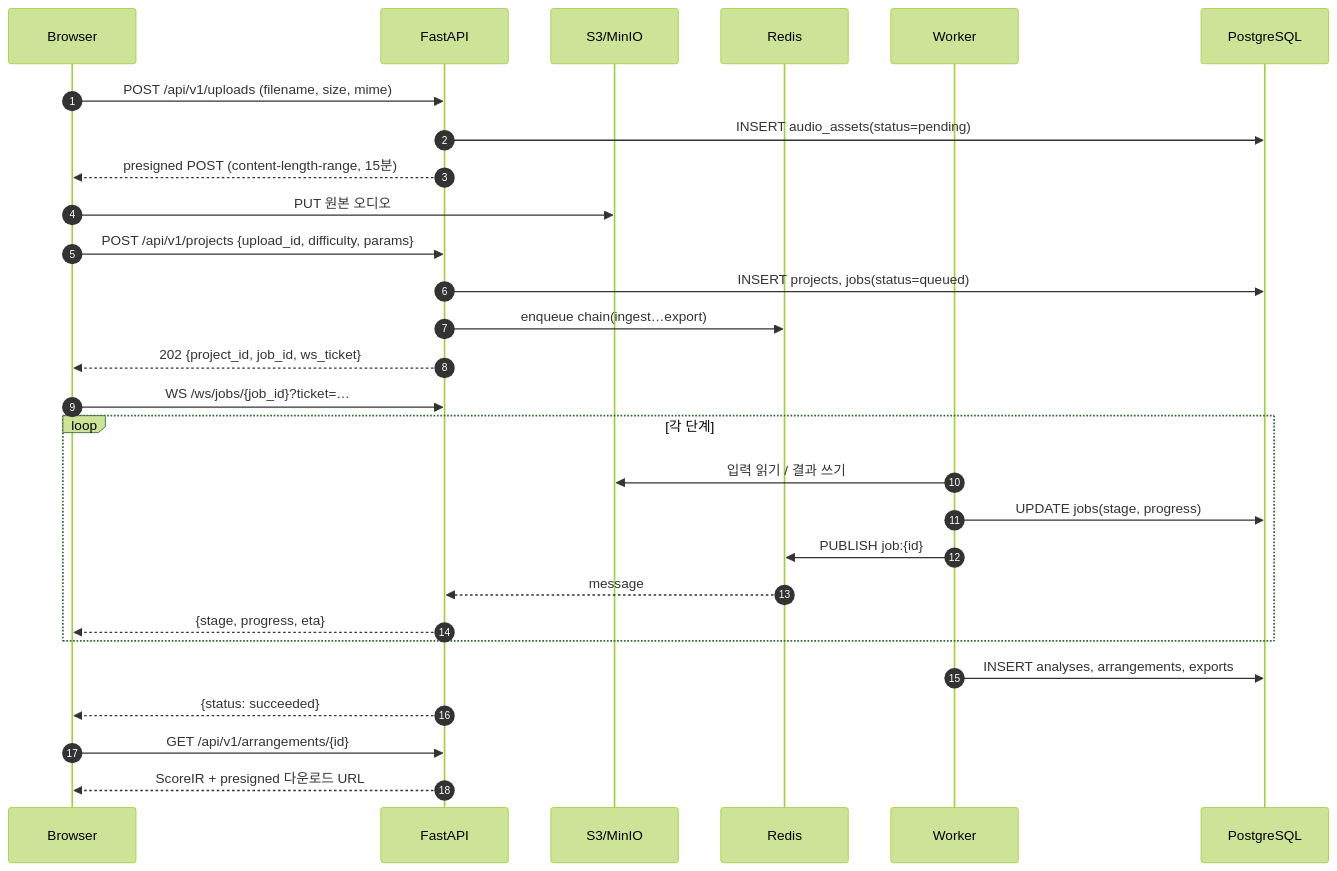
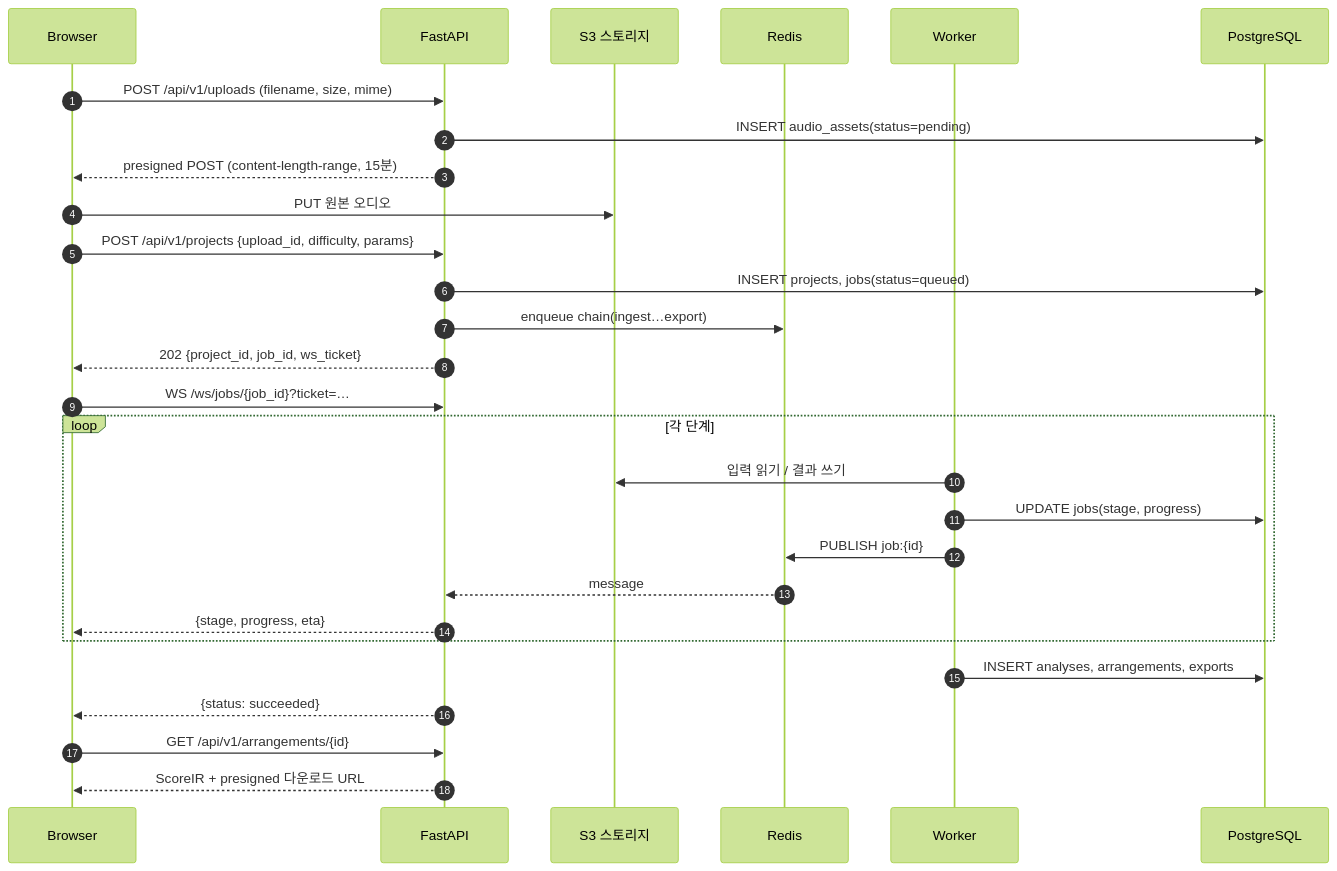
The third of 6 diagrams in docs/architecture.md (Ppooaadd/Both), drawn with Mermaid (forest theme) before and after one commit. The commit also changed other lines of this file and 19 other files, not shown here.

````diff
--- a/docs/architecture.md
+++ b/docs/architecture.md
@@ -106,31 +106,31 @@
 ```mermaid
 sequenceDiagram
     autonumber
     participant B as Browser
     participant A as FastAPI
-    participant S as S3/MinIO
+    participant S as S3 스토리지
     participant R as Redis
     participant W as Worker
     participant D as PostgreSQL
 
     B->>A: POST /api/v1/uploads (filename, size, mime)
     A->>D: INSERT audio_assets(status=pending)
     A-->>B: presigned POST (content-length-range, 15분)
     B->>S: PUT 원본 오디오
     B->>A: POST /api/v1/projects {upload_id, difficulty, params}
     A->>D: INSERT projects, jobs(status=queued)
     A->>R: enqueue chain(ingest…export)
     A-->>B: 202 {project_id, job_id, ws_ticket}
     B->>A: WS /ws/jobs/{job_id}?ticket=…
     loop 각 단계
         W->>S: 입력 읽기 / 결과 쓰기
         W->>D: UPDATE jobs(stage, progress)
         W->>R: PUBLISH job:{id}
         R-->>A: message
         A-->>B: {stage, progress, eta}
     end
     W->>D: INSERT analyses, arrangements, exports
     A-->>B: {status: succeeded}
     B->>A: GET /api/v1/arrangements/{id}
     A-->>B: ScoreIR + presigned 다운로드 URL
 ```
````
